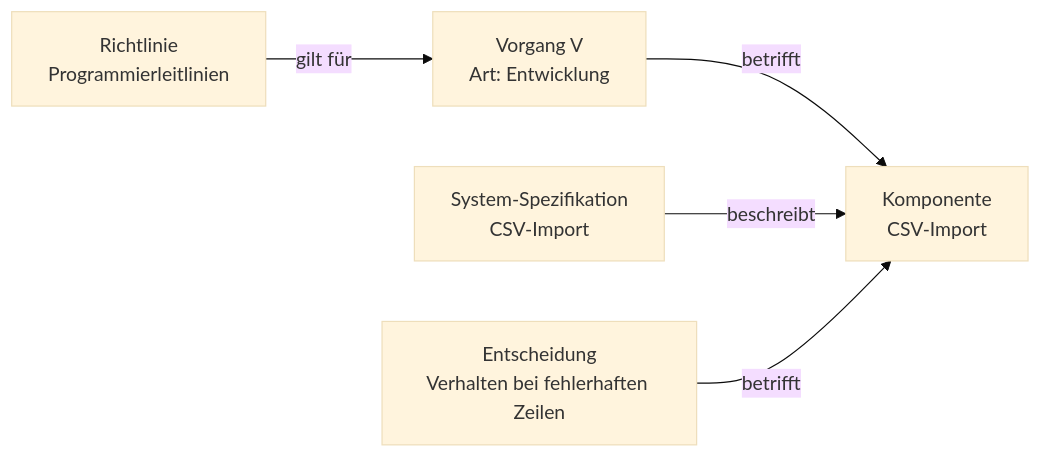
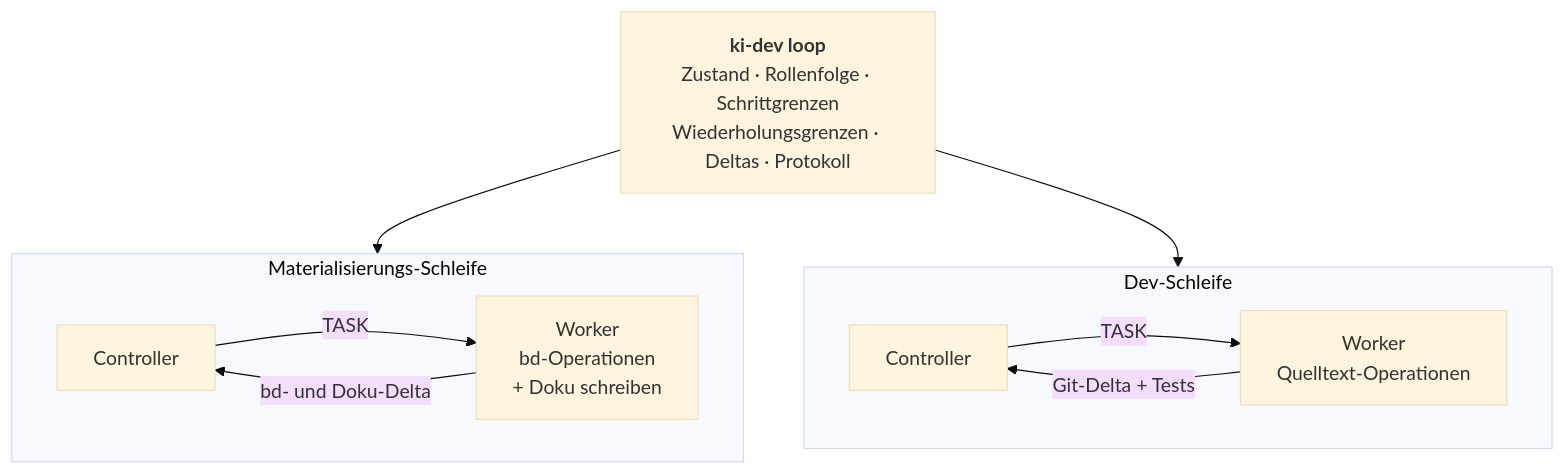
One commit to blaumohn/ki-dev changed the second of 5 diagrams in README.md. Above: the diagram before and after it, drawn with Mermaid (base theme). The commit also changed other lines of this file, not shown here.

````diff
--- a/README.md
+++ b/README.md
@@ -320,13 +248,19 @@
 ```mermaid
-graph LR
-    V["Vorgang V<br/>Art: Entwicklung"]
-    E["Komponente<br/>CSV-Import"]
-    G["Richtlinie<br/>Programmierleitlinien"]
-    S["System-Spezifikation<br/>CSV-Import"]
-    D["Entscheidung<br/>Verhalten bei fehlerhaften Zeilen"]
+flowchart TB
+    L["<b>ki-dev loop</b><br/>Zustand · Rollenfolge · Schrittgrenzen<br/>Wiederholungsgrenzen · Deltas · Protokoll"]
 
-    V -->|"betrifft"| E
-    S -->|"beschreibt"| E
-    D -->|"betrifft"| E
-    G -->|"gilt für"| V
+    subgraph M["Materialisierungs-Schleife"]
+        direction LR
+        MC["Controller"] -->|"TASK"| MW["Worker<br/>bd-Operationen<br/>+ Doku schreiben"]
+        MW -->|"bd- und Doku-Delta"| MC
+    end
+
+    subgraph D["Dev-Schleife"]
+        direction LR
+        DC["Controller"] -->|"TASK"| DW["Worker<br/>Quelltext-Operationen"]
+        DW -->|"Git-Delta + Tests"| DC
+    end
+
+    L --> M
+    L --> D
 ```
````
